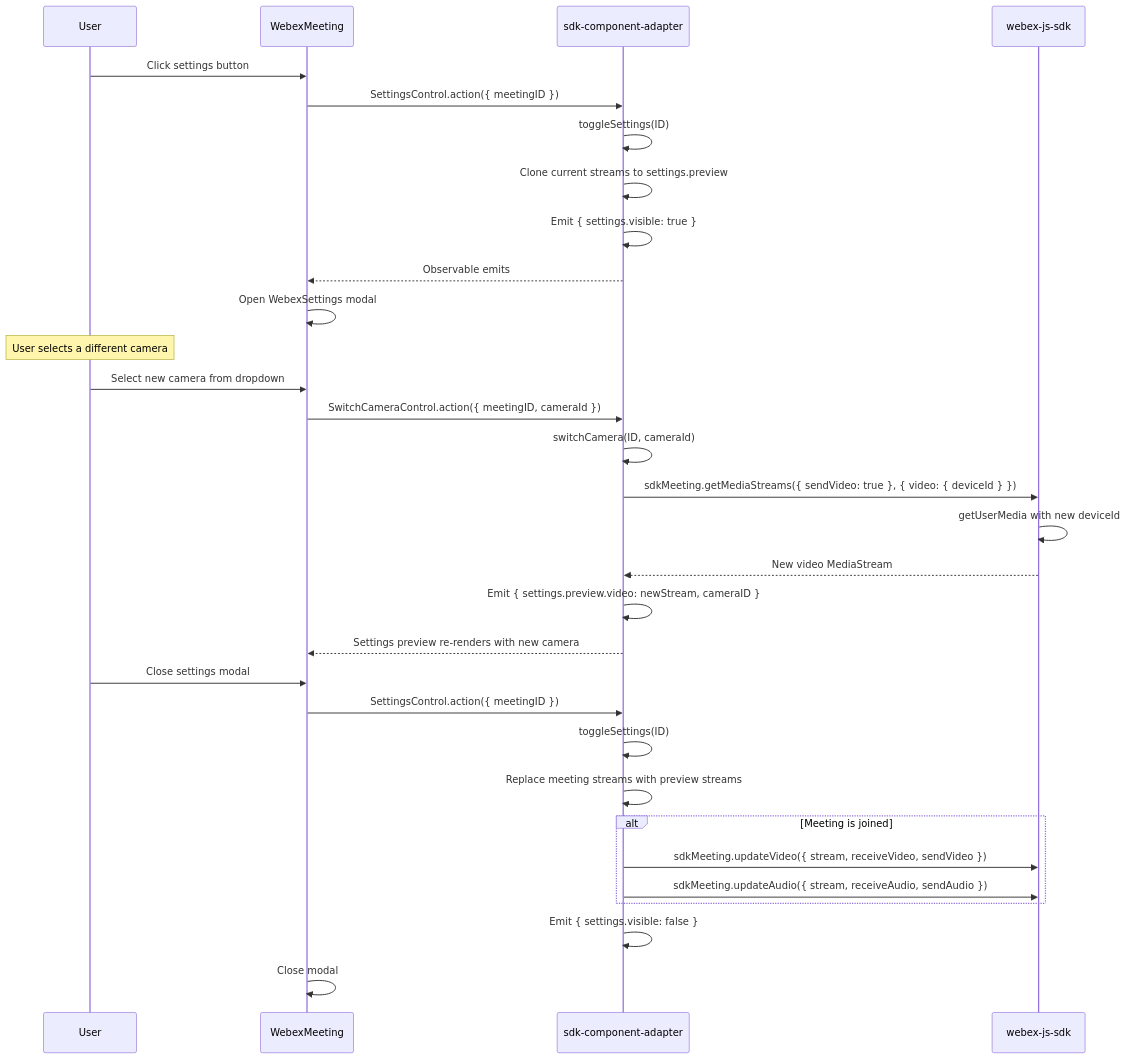
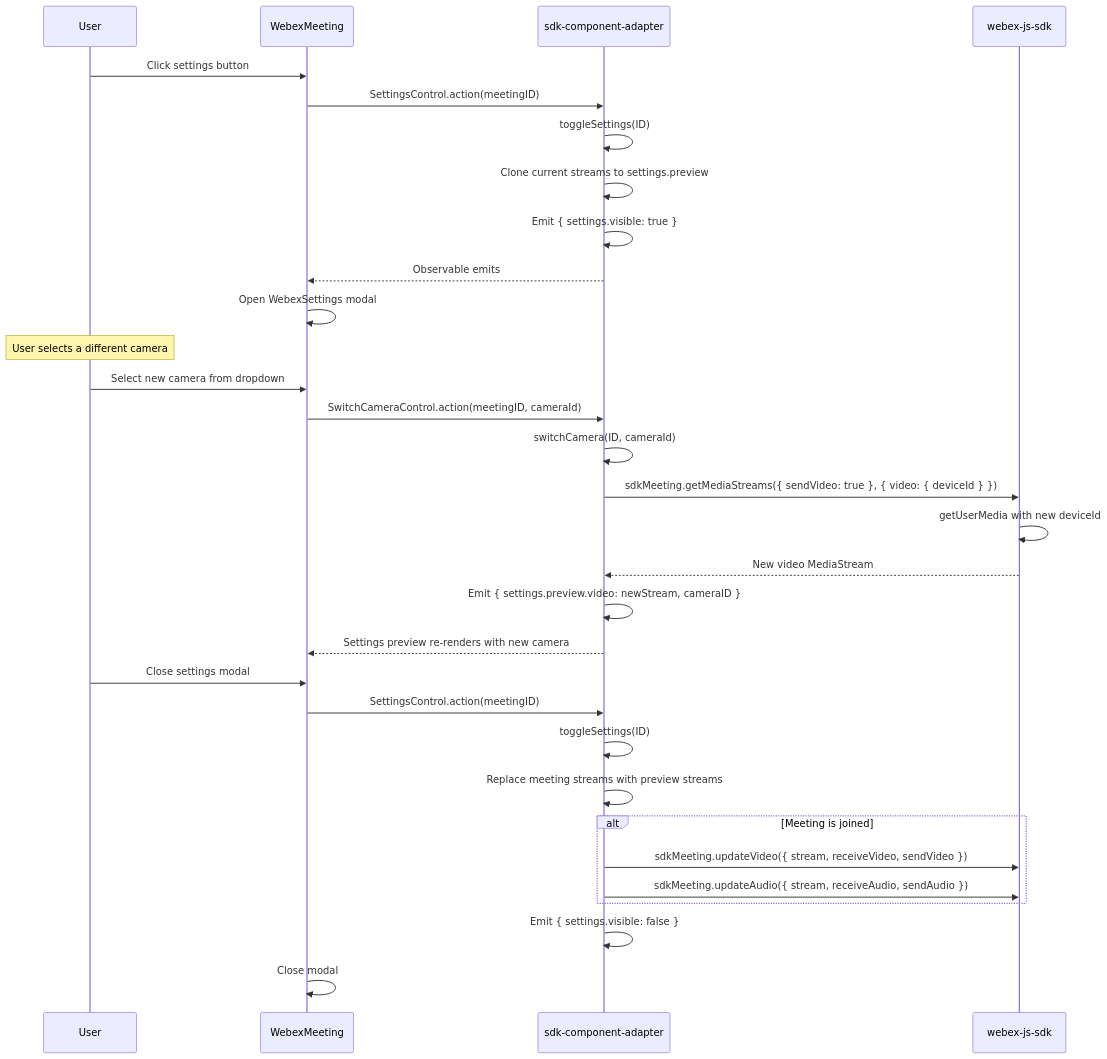
Before and after one commit to webex/widgets: the ninth of 13 diagrams in packages/@webex/widgets/ai-docs/ARCHITECTURE.md, drawn with Mermaid. The commit also changed other lines of this file and 1 other file, not shown here.

````diff
--- a/packages/@webex/widgets/ai-docs/ARCHITECTURE.md
+++ b/packages/@webex/widgets/ai-docs/ARCHITECTURE.md
@@ -448,39 +477,39 @@
 ```mermaid
 sequenceDiagram
     participant User
     participant Component as WebexMeeting
     participant Adapter as sdk-component-adapter
     participant SDK as webex-js-sdk
 
     User->>Component: Click settings button
-    Component->>Adapter: SettingsControl.action({ meetingID })
+    Component->>Adapter: SettingsControl.action(meetingID)
     Adapter->>Adapter: toggleSettings(ID)
     Adapter->>Adapter: Clone current streams to settings.preview
     Adapter->>Adapter: Emit { settings.visible: true }
     Adapter-->>Component: Observable emits
     Component->>Component: Open WebexSettings modal
 
     Note over User: User selects a different camera
 
     User->>Component: Select new camera from dropdown
-    Component->>Adapter: SwitchCameraControl.action({ meetingID, cameraId })
+    Component->>Adapter: SwitchCameraControl.action(meetingID, cameraId)
     Adapter->>Adapter: switchCamera(ID, cameraId)
     Adapter->>SDK: sdkMeeting.getMediaStreams({ sendVideo: true }, { video: { deviceId } })
     SDK->>SDK: getUserMedia with new deviceId
     SDK-->>Adapter: New video MediaStream
     Adapter->>Adapter: Emit { settings.preview.video: newStream, cameraID }
     Adapter-->>Component: Settings preview re-renders with new camera
 
     User->>Component: Close settings modal
-    Component->>Adapter: SettingsControl.action({ meetingID })
+    Component->>Adapter: SettingsControl.action(meetingID)
     Adapter->>Adapter: toggleSettings(ID)
     Adapter->>Adapter: Replace meeting streams with preview streams
 
     alt Meeting is joined
         Adapter->>SDK: sdkMeeting.updateVideo({ stream, receiveVideo, sendVideo })
         Adapter->>SDK: sdkMeeting.updateAudio({ stream, receiveAudio, sendAudio })
     end
 
     Adapter->>Adapter: Emit { settings.visible: false }
     Component->>Component: Close modal
 ```
````
